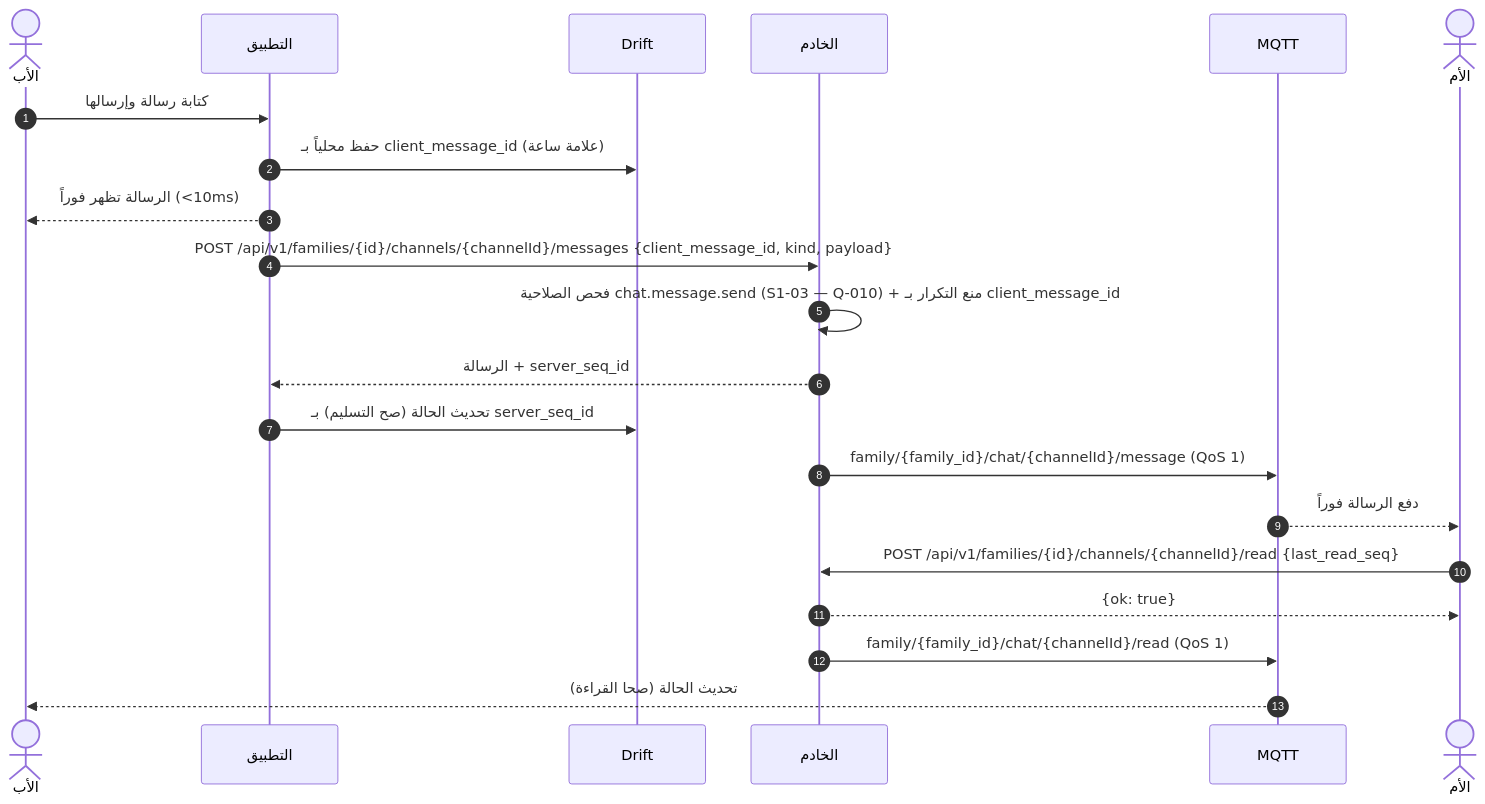
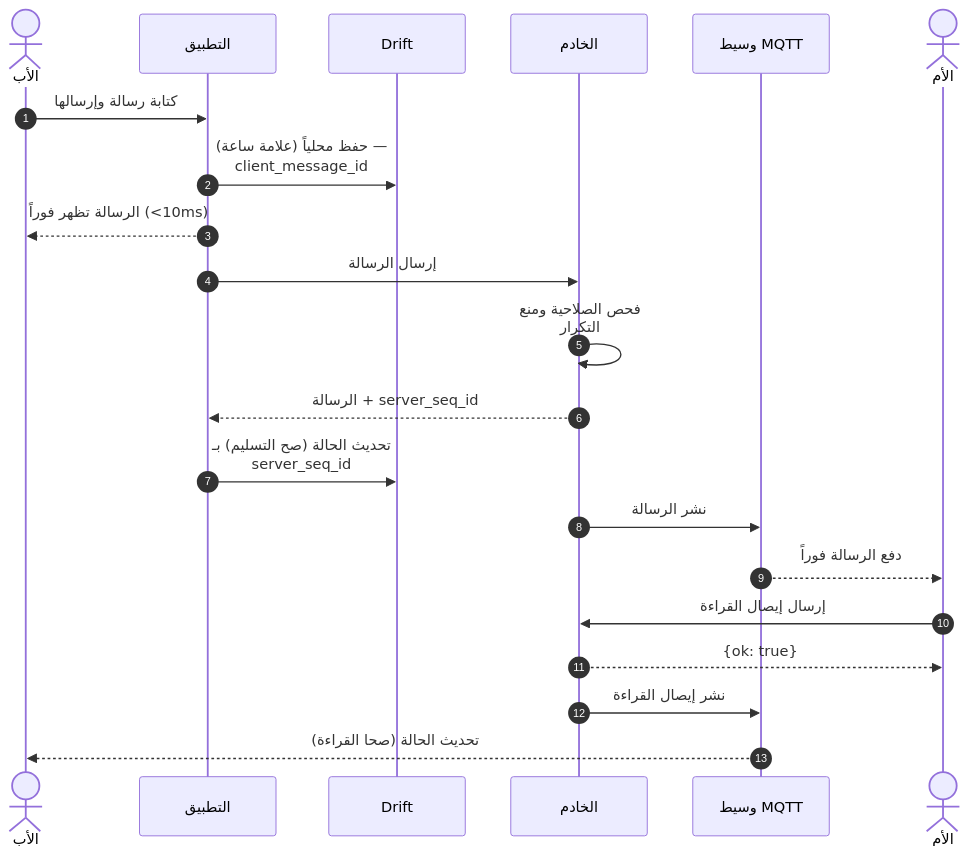
One commit to Bassam-mohammed-alqaeadi/family-os-v2 changed the sixth of 27 diagrams in docs/family-os/governance/phases/phase-1/S1-08-chat-basic/DIAGRAMS.md. Above: the diagram before and after it, drawn with Mermaid. The commit also changed other lines of this file, not shown here.

````diff
--- a/docs/family-os/governance/phases/phase-1/S1-08-chat-basic/DIAGRAMS.md
+++ b/docs/family-os/governance/phases/phase-1/S1-08-chat-basic/DIAGRAMS.md
@@ -211,23 +300,24 @@
 ```mermaid
+%%{init: {"sequence": {"wrap": true}}}%%
 sequenceDiagram
     autonumber
     actor Father as الأب
     participant App as التطبيق
     participant Drift as Drift
     participant Ktor as الخادم
-    participant MQTT as MQTT
+    participant MQTT as وسيط MQTT
     actor Mother as الأم
     Father->>App: كتابة رسالة وإرسالها
-    App->>Drift: حفظ محلياً بـ client_message_id (علامة ساعة)
+    App->>Drift: حفظ محلياً (علامة ساعة) — client_message_id
     App-->>Father: الرسالة تظهر فوراً (<10ms)
-    App->>Ktor: POST /api/v1/families/{id}/channels/{channelId}/messages {client_message_id, kind, payload}
-    Ktor->>Ktor: فحص الصلاحية chat.message.send (S1-03 — Q-010) + منع التكرار بـ client_message_id
+    App->>Ktor: إرسال الرسالة
+    Ktor->>Ktor: فحص الصلاحية ومنع التكرار
     Ktor-->>App: الرسالة + server_seq_id
     App->>Drift: تحديث الحالة (صح التسليم) بـ server_seq_id
-    Ktor->>MQTT: family/{family_id}/chat/{channelId}/message (QoS 1)
+    Ktor->>MQTT: نشر الرسالة
     MQTT-->>Mother: دفع الرسالة فوراً
-    Mother->>Ktor: POST /api/v1/families/{id}/channels/{channelId}/read {last_read_seq}
+    Mother->>Ktor: إرسال إيصال القراءة
     Ktor-->>Mother: {ok: true}
-    Ktor->>MQTT: family/{family_id}/chat/{channelId}/read (QoS 1)
+    Ktor->>MQTT: نشر إيصال القراءة
     MQTT-->>Father: تحديث الحالة (صحا القراءة)
 ```
````
